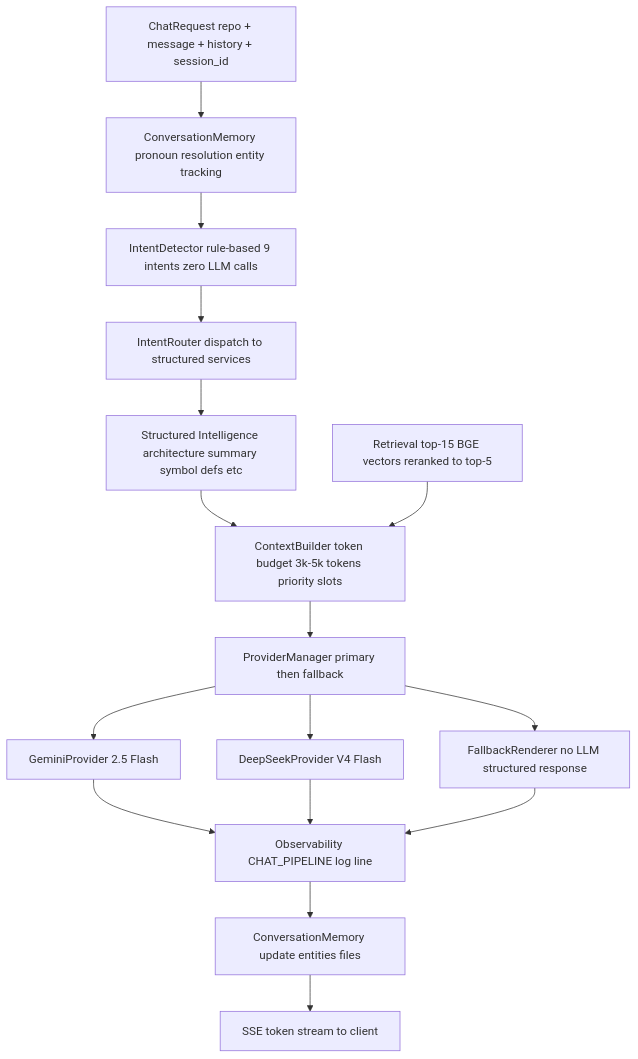
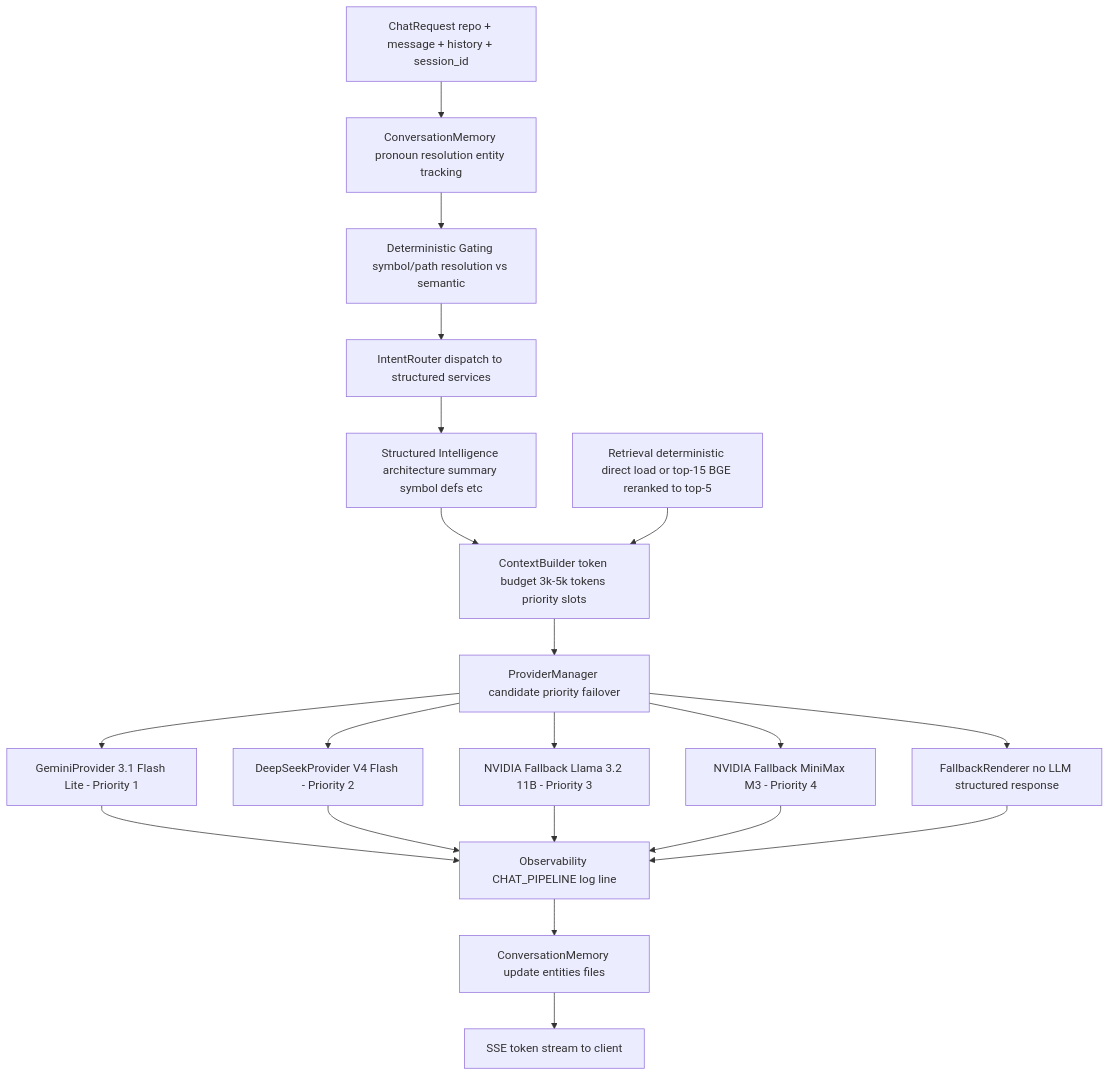
The fifth of 10 diagrams in ARCHITECTURE.md (VarshithReddy2006/ARIA), drawn with Mermaid before and after one commit. The commit also changed other lines of this file and 231 other files, not shown here.

````diff
--- a/ARCHITECTURE.md
+++ b/ARCHITECTURE.md
@@ -234,33 +235,39 @@
 ```mermaid
 graph TD
     Request[ChatRequest repo + message + history + session_id]
     CM[ConversationMemory pronoun resolution entity tracking]
-    ID[IntentDetector rule-based 9 intents zero LLM calls]
+    Gating[Deterministic Gating symbol/path resolution vs semantic]
     IR[IntentRouter dispatch to structured services]
     SI[Structured Intelligence architecture summary symbol defs etc]
-    RET[Retrieval top-15 BGE vectors reranked to top-5]
+    RET[Retrieval deterministic direct load or top-15 BGE reranked to top-5]
     CB[ContextBuilder token budget 3k-5k tokens priority slots]
-    PM[ProviderManager primary then fallback]
-    G[GeminiProvider 2.5 Flash]
-    D[DeepSeekProvider V4 Flash]
+    PM[ProviderManager candidate priority failover]
+    G[GeminiProvider 3.1 Flash Lite - Priority 1]
+    D[DeepSeekProvider V4 Flash - Priority 2]
+    F1[NVIDIA Fallback Llama 3.2 11B - Priority 3]
+    F2[NVIDIA Fallback MiniMax M3 - Priority 4]
     FB[FallbackRenderer no LLM structured response]
     OBS[Observability CHAT_PIPELINE log line]
     CMU[ConversationMemory update entities files]
     Stream[SSE token stream to client]
 
     Request-->CM
-    CM-->ID
-    ID-->IR
+    CM-->Gating
+    Gating-->IR
     IR-->SI
     SI-->CB
     RET-->CB
     CB-->PM
     PM-->G
     PM-->D
+    PM-->F1
+    PM-->F2
     PM-->FB
     G-->OBS
     D-->OBS
+    F1-->OBS
+    F2-->OBS
     FB-->OBS
     OBS-->CMU
     CMU-->Stream
 ```
````
